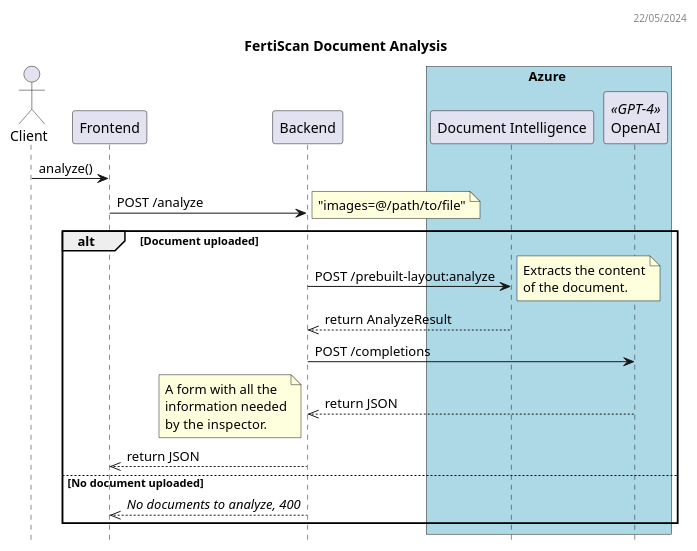
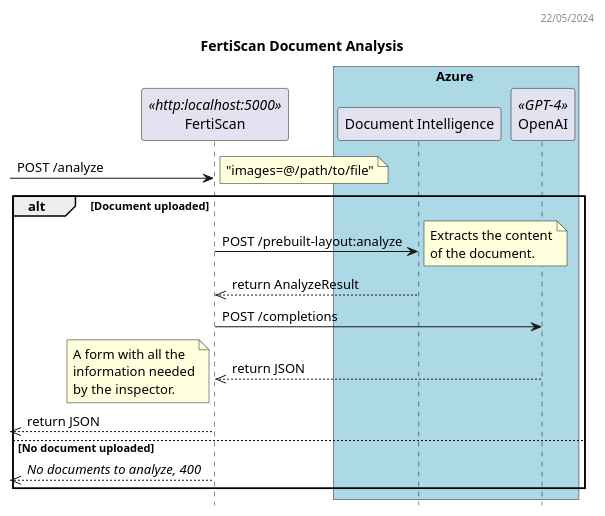
Before and after one commit to ai-cfia/fertiscan-backend: the diagram in docs/analyze_dss.puml, drawn with PlantUML. The commit also changed 6 other files, not shown here.

Commit message:
fix: remove frontend from diagrams

```diff
--- a/docs/analyze_dss.puml
+++ b/docs/analyze_dss.puml
@@ -1,41 +1,38 @@
 @startuml Analyze DSS
 header 22/05/2024
 
 title FertiScan Document Analysis
 hide empty members
 hide footbox
 
-actor "Client" as C
-participant Frontend as F
-participant Backend as B
+participant FertiScan as BE <<http:localhost:5000>>
 box Azure #LightBlue
 participant "Document Intelligence" as D
 participant "OpenAI" as O<<GPT-4>>
 end box
 
-C -> F: analyze()
-F -> B: POST /analyze
+-> BE: POST /analyze
 note right
     "images=@/path/to/file"
 end note
 alt Document uploaded
-B -> D: POST /prebuilt-layout:analyze
+BE -> D: POST /prebuilt-layout:analyze
 note right
 Extracts the content
 of the document.
 end note
-B <<-- D: return AnalyzeResult
-B -> O: POST /completions
-B <<-- O: return JSON
+BE <<-- D: return AnalyzeResult
+BE -> O: POST /completions
+BE <<-- O: return JSON
 note left
 A form with all the
 information needed
 by the inspector.
 end note
-F <<-- B: return JSON
+<<-- BE: return JSON
 else No document uploaded
-F <<-- B: //No documents to analyze, 400// 
+<<-- BE: //No documents to analyze, 400// 
 end
 
 
 @enduml
```
